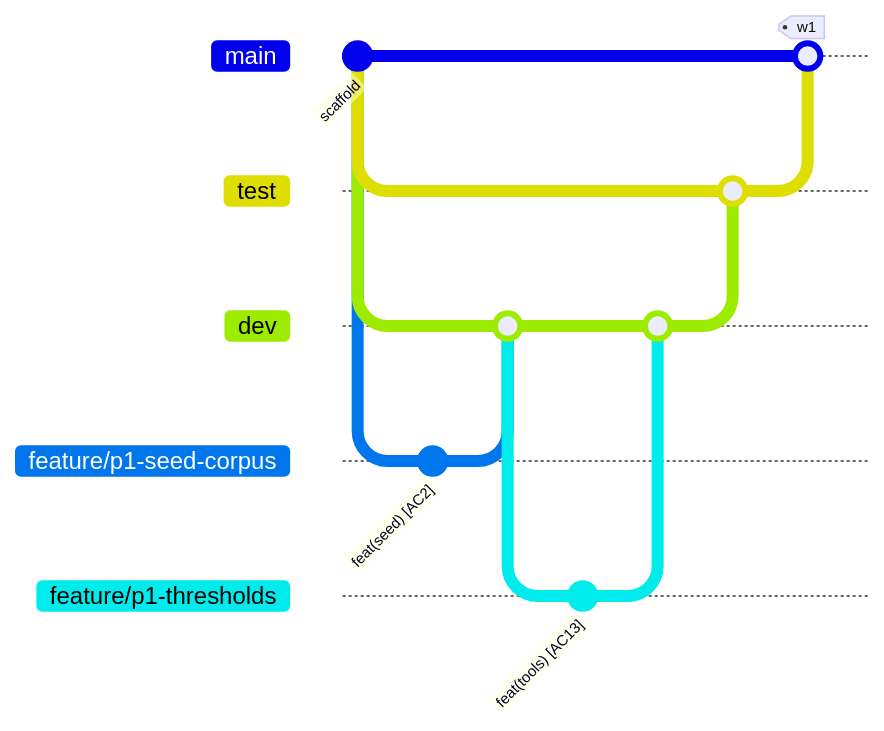
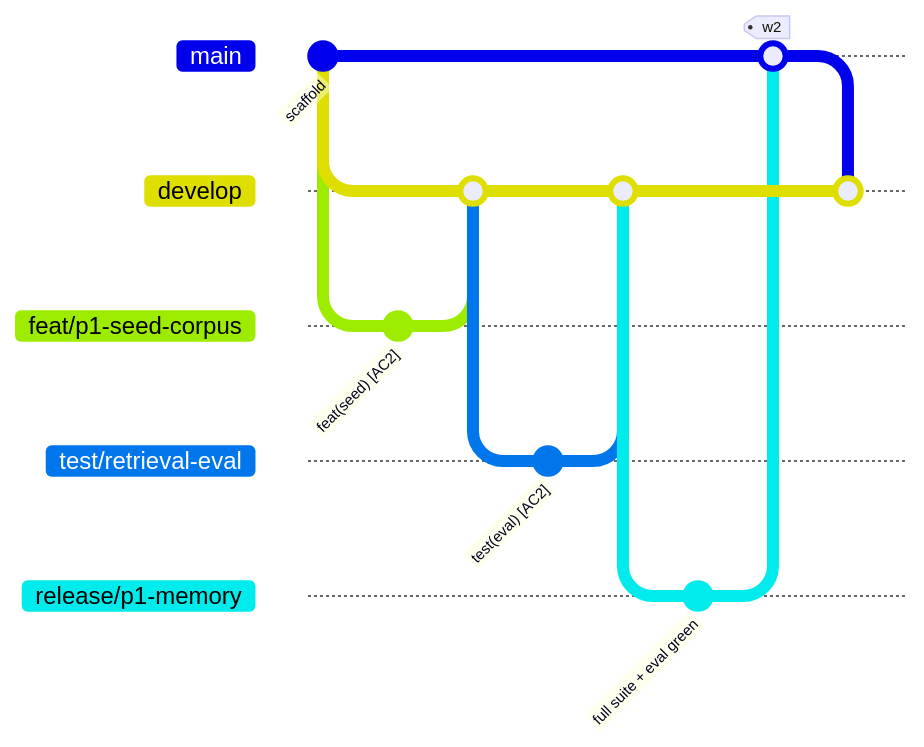
The diagram in docs/07-branching-worktrees.md (santapong/ReCall), drawn with Mermaid before and after one commit. The commit also changed other lines of this file and 9 other files, not shown here.

First line of the commit message:
chore(repo): rewrite the branch model — develop + release/*, intent prefixes

````diff
--- a/docs/07-branching-worktrees.md
+++ b/docs/07-branching-worktrees.md
@@ -24,21 +31,23 @@
 ```mermaid
 gitGraph
   commit id: "scaffold"
-  branch test
-  branch dev
-  checkout dev
-  branch feature/p1-seed-corpus
-  checkout feature/p1-seed-corpus
+  branch develop
+  checkout develop
+  branch feat/p1-seed-corpus
+  checkout feat/p1-seed-corpus
   commit id: "feat(seed) [AC2]"
-  checkout dev
-  merge feature/p1-seed-corpus
-  branch feature/p1-thresholds
-  checkout feature/p1-thresholds
-  commit id: "feat(tools) [AC13]"
-  checkout dev
-  merge feature/p1-thresholds
-  checkout test
-  merge dev
+  checkout develop
+  merge feat/p1-seed-corpus
+  branch test/retrieval-eval
+  checkout test/retrieval-eval
+  commit id: "test(eval) [AC2]"
+  checkout develop
+  merge test/retrieval-eval
+  branch release/p1-memory
+  checkout release/p1-memory
+  commit id: "full suite + eval green"
   checkout main
-  merge test tag: "w1"
+  merge release/p1-memory tag: "w2"
+  checkout develop
+  merge main
 ```
````
